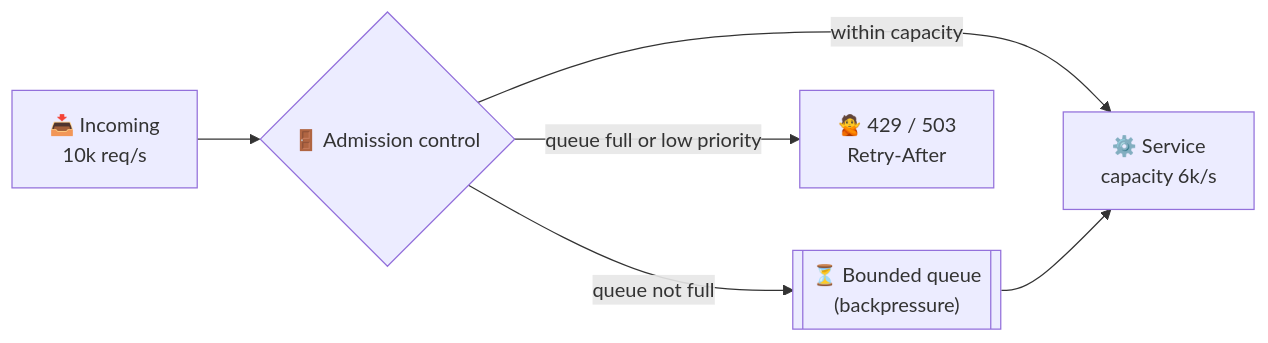
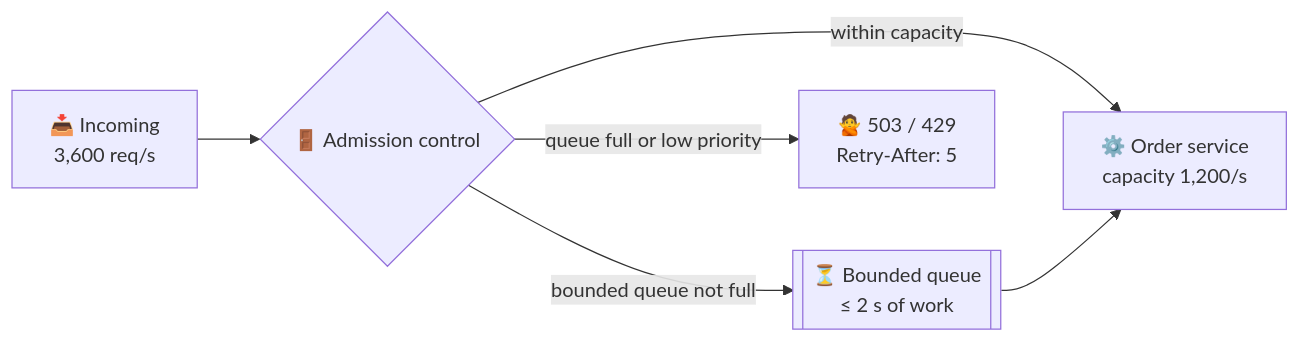
Before and after one commit to winnyboy5/System-Design-from-Atoms: the diagram in phases/07-async-messaging/061-backpressure-and-load-shedding.md, drawn with Mermaid. The commit also changed other lines of this file and 6 other files, not shown here.

````diff
--- a/phases/07-async-messaging/061-backpressure-and-load-shedding.md
+++ b/phases/07-async-messaging/061-backpressure-and-load-shedding.md
@@ -29,8 +40,8 @@
 ```mermaid
 flowchart LR
-    IN["📥 Incoming<br/>10k req/s"] --> G{"🚪 Admission control"}
-    G -->|"within capacity"| SVC["⚙️ Service<br/>capacity 6k/s"]
-    G -->|"queue not full"| BQ[["⏳ Bounded queue<br/>(backpressure)"]]
+    IN["📥 Incoming<br/>3,600 req/s"] --> G{"🚪 Admission control"}
+    G -->|"within capacity"| SVC["⚙️ Order service<br/>capacity 1,200/s"]
+    G -->|"bounded queue not full"| BQ[["⏳ Bounded queue<br/>≤ 2 s of work"]]
     BQ --> SVC
-    G -->|"queue full or low priority"| SHED["🙅 429 / 503<br/>Retry-After"]
+    G -->|"queue full or low priority"| SHED["🙅 503 / 429<br/>Retry-After: 5"]
 ```
````
